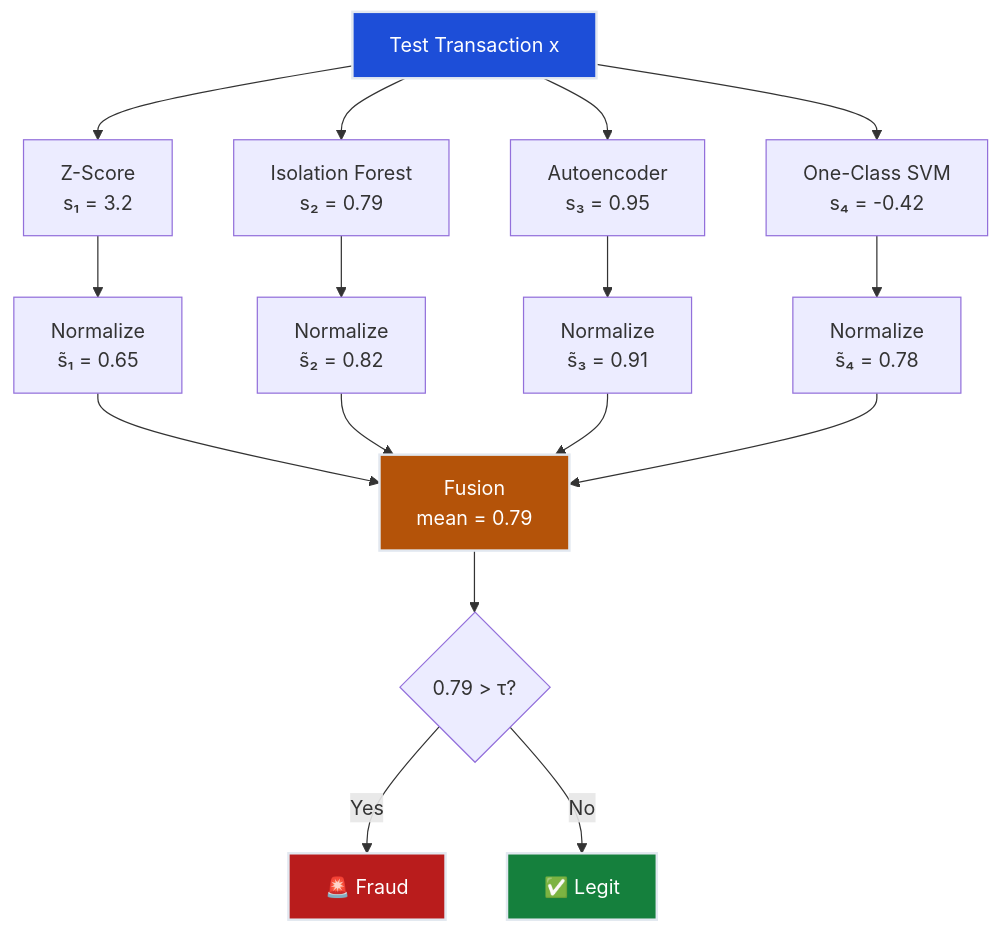
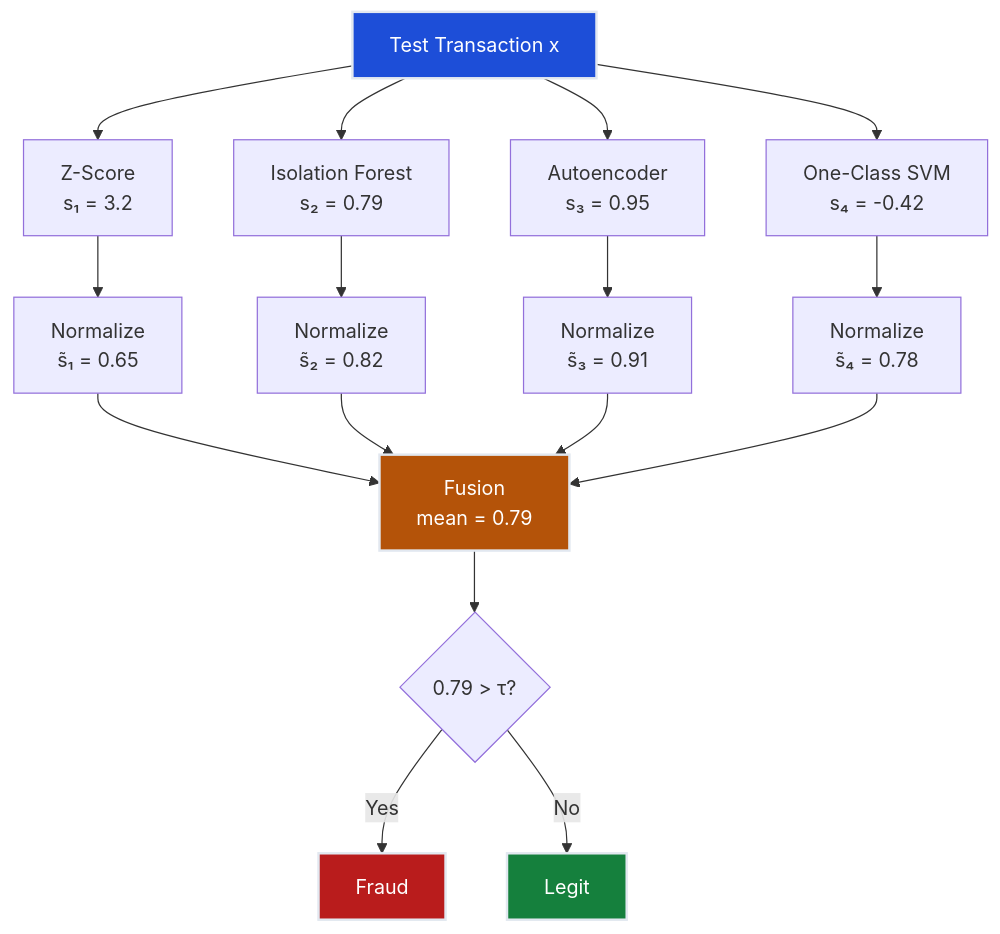
One commit to deepakshamsft/ai-portfolio changed the second of 4 diagrams in notes/ML/05-AnomalyDetection/ch05-ensemble-anomaly/README.md. Above: the diagram before and after it, drawn with Mermaid. The commit also changed other lines of this file and 50 other files, not shown here.

````diff
--- a/notes/ML/05-AnomalyDetection/ch05-ensemble-anomaly/README.md
+++ b/notes/ML/05-AnomalyDetection/ch05-ensemble-anomaly/README.md
@@ -218,26 +218,26 @@
 ```mermaid
 flowchart TD
     TX["Test Transaction x"] --> D1["Z-Score\ns₁ = 3.2"]
     TX --> D2["Isolation Forest\ns₂ = 0.79"]
     TX --> D3["Autoencoder\ns₃ = 0.95"]
     TX --> D4["One-Class SVM\ns₄ = -0.42"]
 
     D1 --> N1["Normalize\ns̃₁ = 0.65"]
     D2 --> N2["Normalize\ns̃₂ = 0.82"]
     D3 --> N3["Normalize\ns̃₃ = 0.91"]
     D4 --> N4["Normalize\ns̃₄ = 0.78"]
 
     N1 --> FUSE["Fusion\nmean = 0.79"]
     N2 --> FUSE
     N3 --> FUSE
     N4 --> FUSE
 
     FUSE --> DEC{"0.79 > τ?"}
-    DEC -->|"Yes"| FRAUD["🚨 Fraud"]
-    DEC -->|"No"| LEGIT["✅ Legit"]
+    DEC -->|"Yes"| FRAUD["Fraud"]
+    DEC -->|"No"| LEGIT["Legit"]
 
     style TX fill:#1d4ed8,stroke:#e2e8f0,stroke-width:2px,color:#ffffff
     style FRAUD fill:#b91c1c,stroke:#e2e8f0,stroke-width:2px,color:#ffffff
     style LEGIT fill:#15803d,stroke:#e2e8f0,stroke-width:2px,color:#ffffff
     style FUSE fill:#b45309,stroke:#e2e8f0,stroke-width:2px,color:#ffffff
 ```
````
